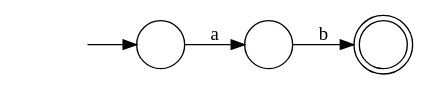
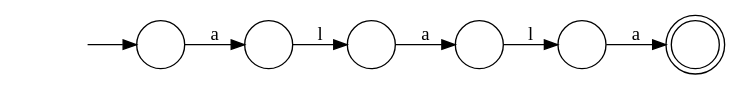
Before and after one commit to jpalacci/JEFA: the diagram in graph1.dot, drawn with Graphviz. The commit also changed 1 other file, not shown here.

```diff
--- a/graph1.dot
+++ b/graph1.dot
@@ -1,10 +1,16 @@
 digraph Automaton {
   rankdir = LR;
   0 [shape=circle,label=""];
   initial [shape=plaintext,label=""];
   initial -> 0
-  0 -> 2 [label="a"]
-  1 [shape=doublecircle,label=""];
+  0 -> 4 [label="a"]
+  1 [shape=circle,label=""];
+  1 -> 2 [label="l"]
   2 [shape=circle,label=""];
-  2 -> 1 [label="b"]
+  2 -> 5 [label="a"]
+  3 [shape=circle,label=""];
+  3 -> 1 [label="a"]
+  4 [shape=circle,label=""];
+  4 -> 3 [label="l"]
+  5 [shape=doublecircle,label=""];
 }
```
